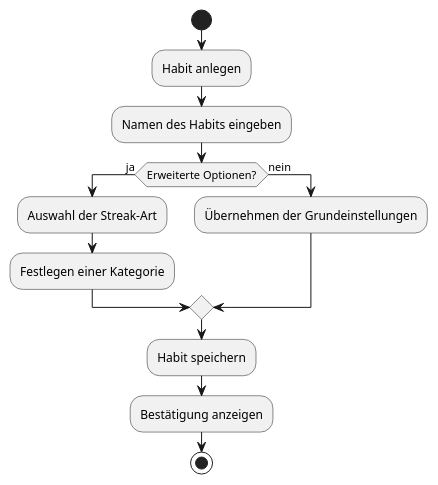
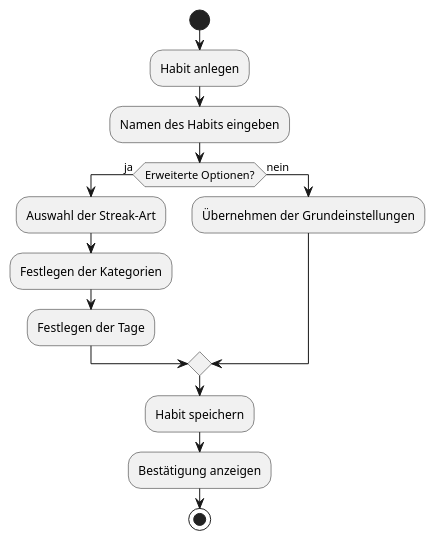
The second of 2 diagrams in docs/product/ux_concept.adoc (nac1dy/Habit-Tracker), drawn with PlantUML before and after one commit. The commit also changed other lines of this file, not shown here.

```diff
--- a/docs/product/ux_concept.adoc
+++ b/docs/product/ux_concept.adoc
@@ -224,20 +224,21 @@
-[plantuml, error-flow, svg]
+[plantuml, habit-anlegen-flow, svg]
 ....
 @startuml
 skinparam monochrome true
 
 start
 :Habit anlegen;
 :Namen des Habits eingeben;
 if (Erweiterte Optionen?) then (ja)
   :Auswahl der Streak-Art;
-  :Festlegen einer Kategorie;
+  :Festlegen der Kategorien;
+  :Festlegen der Tage;
 else (nein)
 :Übernehmen der Grundeinstellungen;
 endif
 :Habit speichern;
 :Bestätigung anzeigen;
 stop
 
 @enduml
 ....
```
